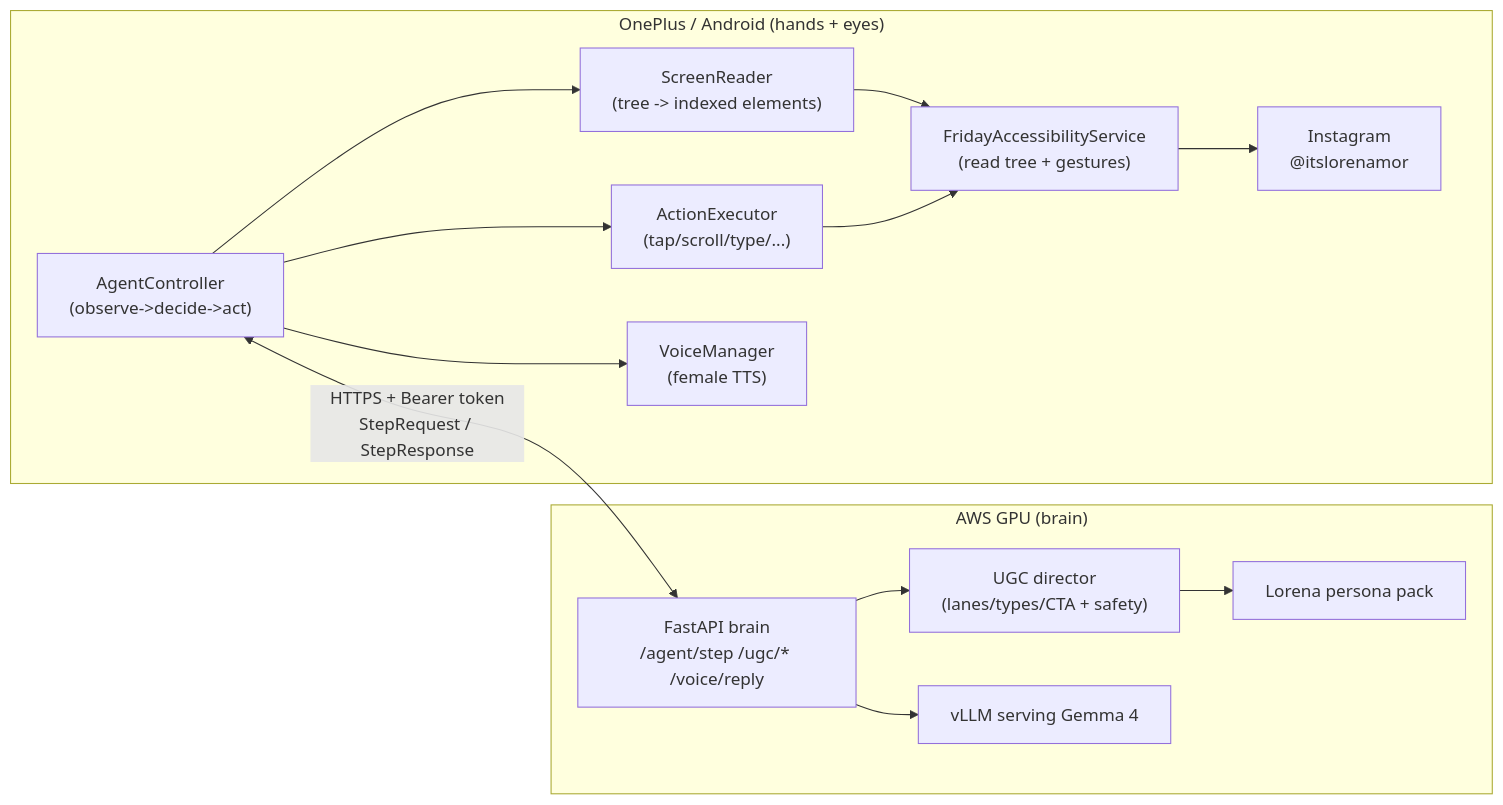
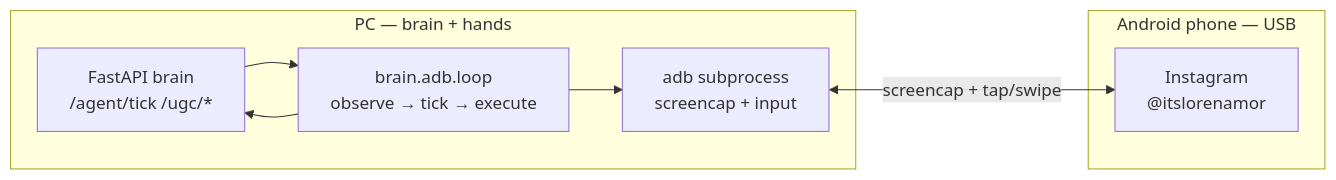
The diagram in docs/ARCHITECTURE.md (MiguelBits/FridayUGC), drawn with Mermaid before and after one commit. The commit also changed other lines of this file and 24 other files, not shown here.

````diff
--- a/docs/ARCHITECTURE.md
+++ b/docs/ARCHITECTURE.md
@@ -14,25 +14,17 @@
 ```mermaid
 flowchart LR
-  subgraph Phone["OnePlus / Android (hands + eyes)"]
-    A11y["FridayAccessibilityService\n(read tree + gestures)"]
-    Reader["ScreenReader\n(tree -> indexed elements)"]
-    Exec["ActionExecutor\n(tap/scroll/type/...)"]
-    Ctrl["AgentController\n(observe->decide->act)"]
-    Voice["VoiceManager\n(female TTS)"]
-    IG["Instagram\n@itslorenamor"]
-    Ctrl --> Reader --> A11y
-    Ctrl --> Exec --> A11y --> IG
-    Ctrl --> Voice
+  subgraph PC["PC — brain + hands"]
+    API["FastAPI brain\n/agent/tick /ugc/*"]
+    Loop["brain.adb.loop\nobserve → tick → execute"]
+    ADB["adb subprocess\nscreencap + input"]
+    API --> Loop
+    Loop --> ADB
+    Loop --> API
   end
 
-  subgraph AWS["AWS GPU (brain)"]
-    API["FastAPI brain\n/agent/step /ugc/* /voice/reply"]
-    Director["UGC director\n(lanes/types/CTA + safety)"]
-    Persona["Lorena persona pack"]
-    vLLM["vLLM serving Gemma 4"]
-    API --> Director --> Persona
-    API --> vLLM
+  subgraph Phone["Android phone — USB"]
+    IG["Instagram\n@itslorenamor"]
   end
 
-  Ctrl <-->|"HTTPS + Bearer token\nStepRequest / StepResponse"| API
+  ADB <-->|screencap + tap/swipe| IG
 ```
````
